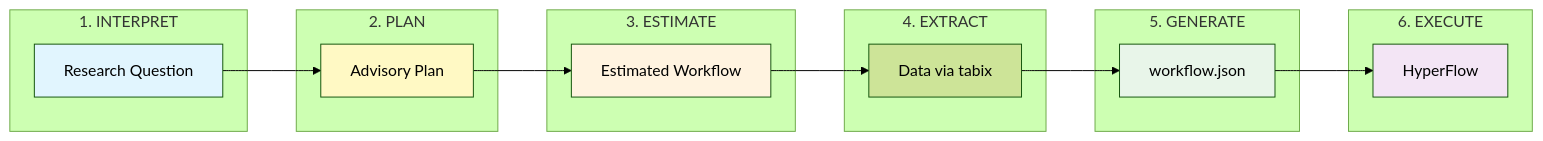
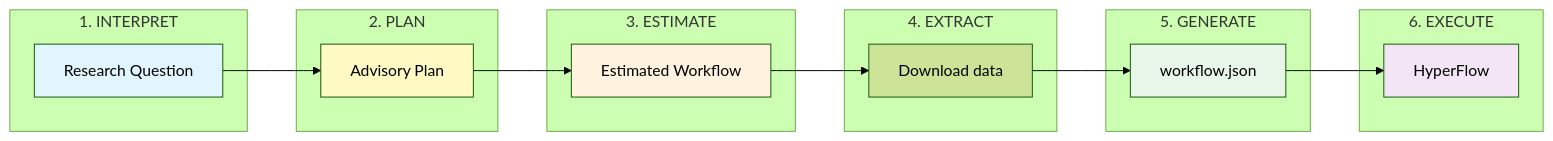
The second of 2 diagrams in README.md (hyperflow-wms/1000genome-workflow), drawn with Mermaid (forest theme) before and after one commit. The commit also changed other lines of this file, not shown here.

````diff
--- a/README.md
+++ b/README.md
@@ -39,34 +40,34 @@
 ```mermaid
 flowchart LR
     subgraph Step1["1. INTERPRET"]
         A["Research Question"]
     end
 
     subgraph Step2["2. PLAN"]
         B["Advisory Plan"]
     end
 
     subgraph Step3["3. ESTIMATE"]
         C["Estimated Workflow"]
     end
 
     subgraph Step4["4. EXTRACT"]
-        D["Data via tabix"]
+        D["Download data"]
     end
 
     subgraph Step5["5. GENERATE"]
         E["workflow.json"]
     end
 
     subgraph Step6["6. EXECUTE"]
         F["HyperFlow"]
     end
 
     A --> B --> C --> D --> E --> F
 
     style A fill:#e1f5fe
     style B fill:#fff9c4
     style C fill:#fff3e0
     style E fill:#e8f5e9
     style F fill:#f3e5f5
 ```
````
